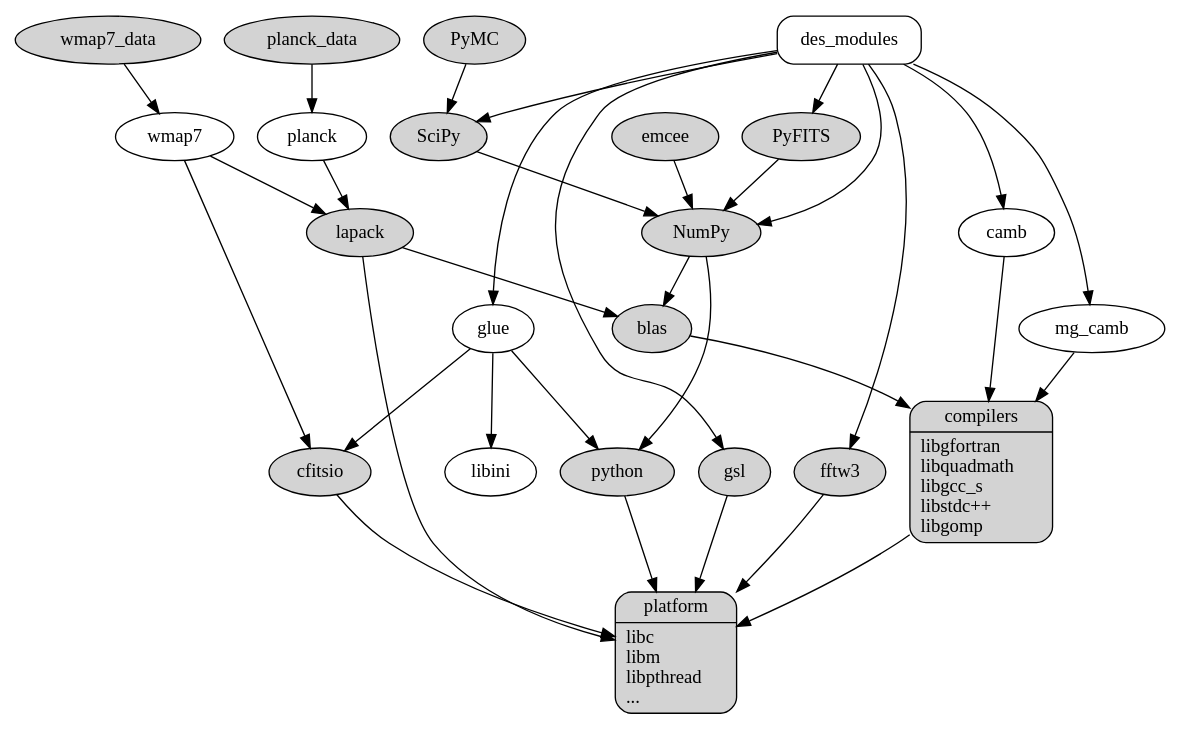
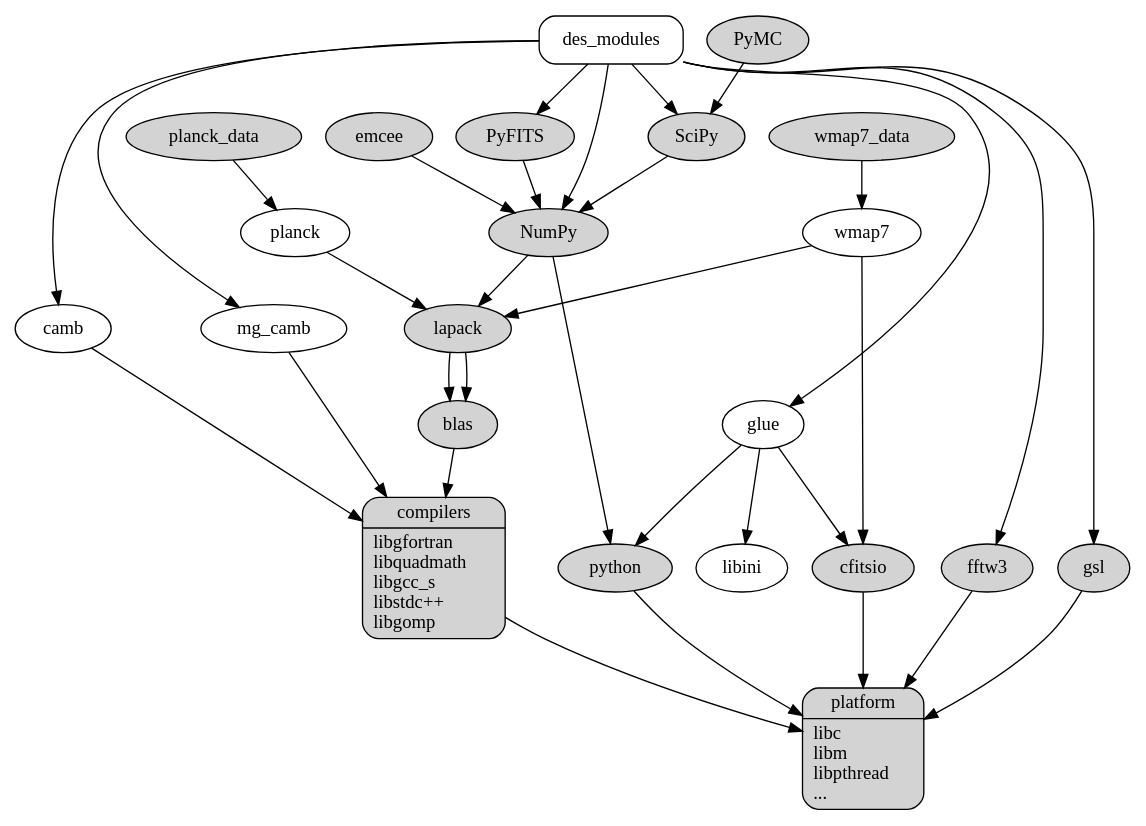
Before and after one commit to joezuntz/cosmosis: the diagram in doc/astro_packages.dot, drawn with Graphviz. The commit also changed 2 other files, not shown here.

Commit message:
Add dependency of NumPy on LAPACK, and LAPACK on BLAS

```diff
--- a/doc/astro_packages.dot
+++ b/doc/astro_packages.dot
@@ -1,88 +1,88 @@
 
 digraph depends
 {
   #rankdir=LR
 
   subgraph plat
   {
     platform  [shape=Mrecord, label="{platform | libc\llibm\llibpthread\l...\l}", style=filled; ]
   }
 
   compilers -> platform;
 
   subgraph l1
   {
     label = "externals";
     rank = same;
     compilers [shape=Mrecord, label="{compilers |libgfortran\llibquadmath\llibgcc_s\llibstdc++\llibgomp\l}", style=filled; ]
     python  [ label="python", style=filled; ];
     cfitsio [ label="cfitsio", style=filled; ];
     gsl     [ label="gsl", style=filled; ];
     fftw3   [ label="fftw3", style=filled; ];
   }
   blas    [ label="blas", style=filled; ];
   lapack  [ label="lapack", style=filled; ];
   lapack -> blas;
   blas -> compilers;
 
   subgraph externals
   {
     wmap7_data [style=filled;]
     planck_data [style=filled;]
     wmap7_data ->  wmap7;
     planck_data -> planck;
     camb;
     mg_camb;
   }
   wmap7 -> lapack;
   wmap7 -> cfitsio;
   planck -> lapack;
   camb -> compilers;
   mg_camb -> compilers;
 
   
   subgraph low
   {
     #rank = same;
     NumPy [style=filled;]
     SciPy [style=filled;]
     PyFITS [style=filled;]
     PyMC [style=filled;]
     emcee [style=filled;]
     SciPy -> NumPy -> python;
-    NumPy -> blas;
+    NumPy -> lapack;
     PyFITS -> NumPy;
     PyMC -> SciPy;
     emcee -> NumPy;
   }
 
   subgraph middle
   {
     glue;
   }
 
   subgraph top
   {
     des_modules [shape=Mrecord;];
   }
 
   des_modules -> glue;
   des_modules -> fftw3;
   des_modules -> camb;
   des_modules -> mg_camb;
   cfitsio -> platform;
   gsl -> platform;
   fftw3 -> platform;
-  lapack -> platform;
+  lapack -> blas;
 
   des_modules -> gsl;
   des_modules -> PyFITS;
   des_modules -> SciPy;
   des_modules -> NumPy;
 
   glue -> cfitsio;
   glue -> python;
   glue -> libini;
   python [ label="python" ];
   python -> platform;
 }
```
